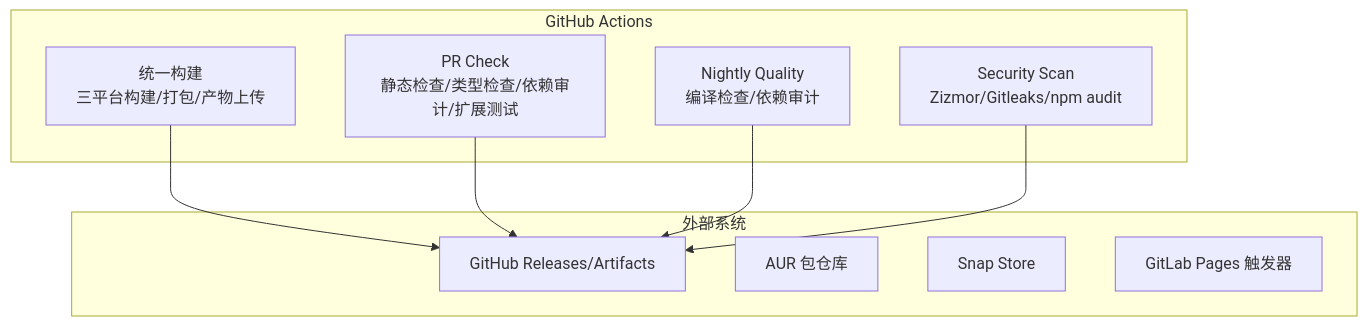
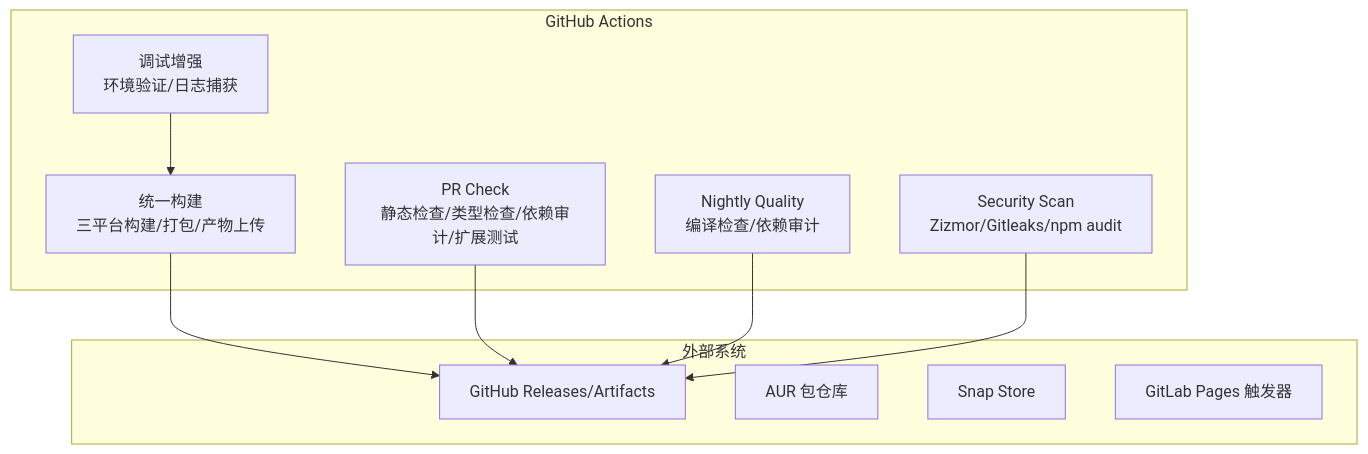
One commit to sofate798/KodrixCode changed the first of 10 diagrams in .qoder/repowiki/zh/content/构建与部署/持续集成.md. Above: the diagram before and after it, drawn with Mermaid. The commit also changed other lines of this file and 12 other files, not shown here.

````diff
--- a/.qoder/repowiki/zh/content/构建与部署/持续集成.md
+++ b/.qoder/repowiki/zh/content/构建与部署/持续集成.md
@@ -45,19 +45,21 @@
 ```mermaid
 graph TB
 subgraph "GitHub Actions"
 BUILD["统一构建<br/>三平台构建/打包/产物上传"]
 PR["PR Check<br/>静态检查/类型检查/依赖审计/扩展测试"]
 NIGHTLY["Nightly Quality<br/>编译检查/依赖审计"]
 SECURITY["Security Scan<br/>Zizmor/Gitleaks/npm audit"]
+DEBUG["调试增强<br/>环境验证/日志捕获"]
 end
 subgraph "外部系统"
 GH["GitHub Releases/Artifacts"]
 AUR["AUR 包仓库"]
 SNAP["Snap Store"]
 GITLAB["GitLab Pages 触发器"]
 end
 BUILD --> GH
 PR --> GH
 NIGHTLY --> GH
 SECURITY --> GH
+DEBUG --> BUILD
 ```
````
